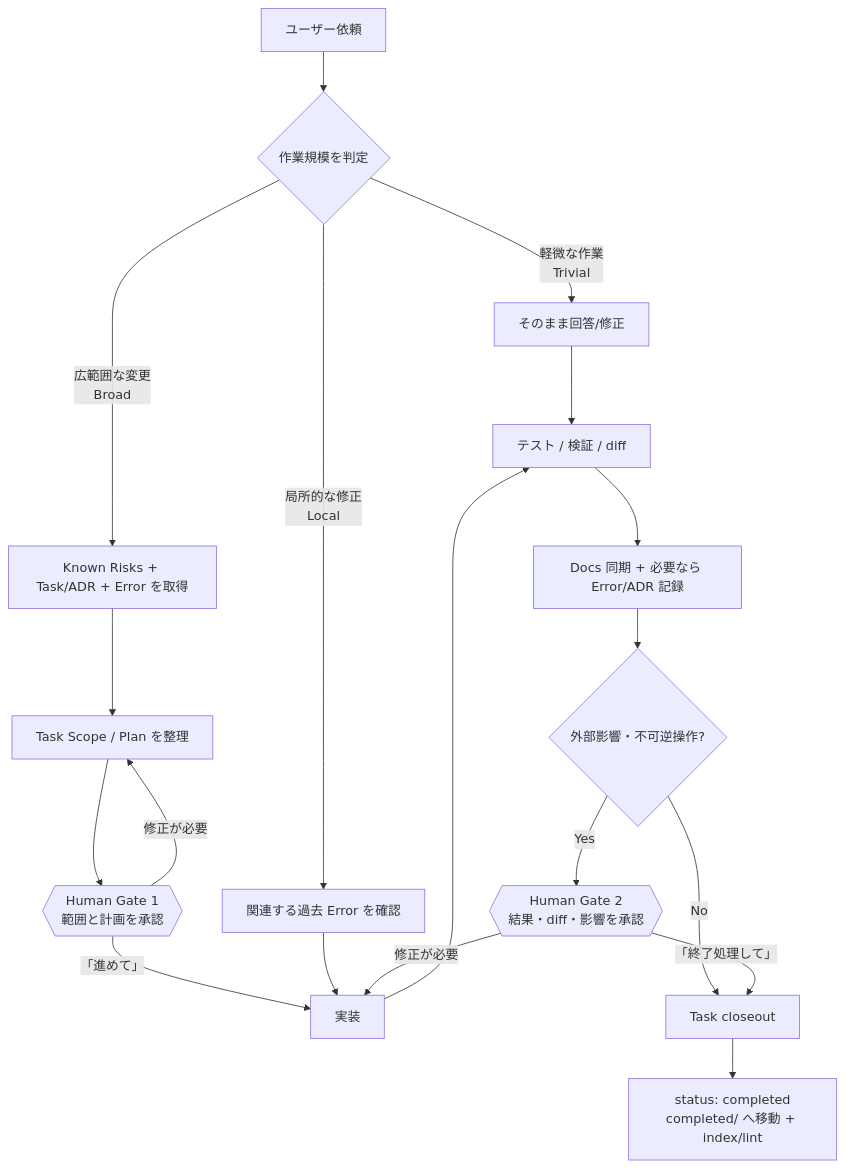
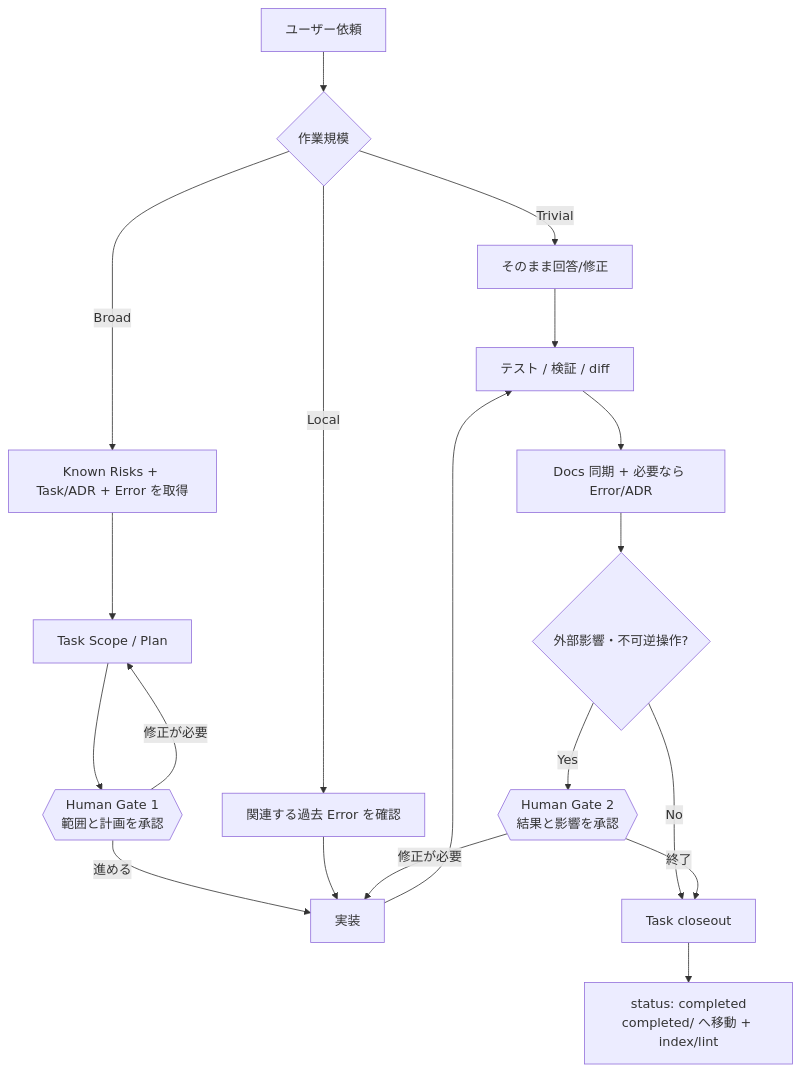
The diagram in docs/GUIDE.ja.md (blackstrawberry/agent-os), drawn with Mermaid before and after one commit. The commit also changed other lines of this file and 14 other files, not shown here.

````diff
--- a/docs/GUIDE.ja.md
+++ b/docs/GUIDE.ja.md
@@ -30,25 +33,25 @@
 ```mermaid
 flowchart TD
-    A[ユーザー依頼] --> B{作業規模を判定}
-    B -->|軽微な作業<br/>Trivial| T[そのまま回答/修正]
-    B -->|局所的な修正<br/>Local| E[関連する過去 Error を確認]
-    B -->|広範囲な変更<br/>Broad| K[Known Risks + Task/ADR + Error を取得]
+    A[ユーザー依頼] --> B{作業規模}
+    B -->|Trivial| T[そのまま回答/修正]
+    B -->|Local| E[関連する過去 Error を確認]
+    B -->|Broad| K[Known Risks + Task/ADR + Error を取得]
 
-    K --> P[Task Scope / Plan を整理]
+    K --> P[Task Scope / Plan]
     P --> G1{{Human Gate 1<br/>範囲と計画を承認}}
     G1 -->|修正が必要| P
-    G1 -->|「進めて」| I[実装]
+    G1 -->|進める| I[実装]
 
     E --> I
     T --> V[必要な検証]
     I --> V[テスト / 検証 / diff]
 
-    V --> D[Docs 同期 + 必要なら Error/ADR 記録]
+    V --> D[Docs 同期 + 必要なら Error/ADR]
     D --> X{外部影響・不可逆操作?}
-    X -->|Yes| G2{{Human Gate 2<br/>結果・diff・影響を承認}}
+    X -->|Yes| G2{{Human Gate 2<br/>結果と影響を承認}}
     X -->|No| C[Task closeout]
     G2 -->|修正が必要| I
-    G2 -->|「終了処理して」| C
+    G2 -->|終了| C
 
     C --> F[status: completed<br/>completed/ へ移動 + index/lint]
 ```
````
